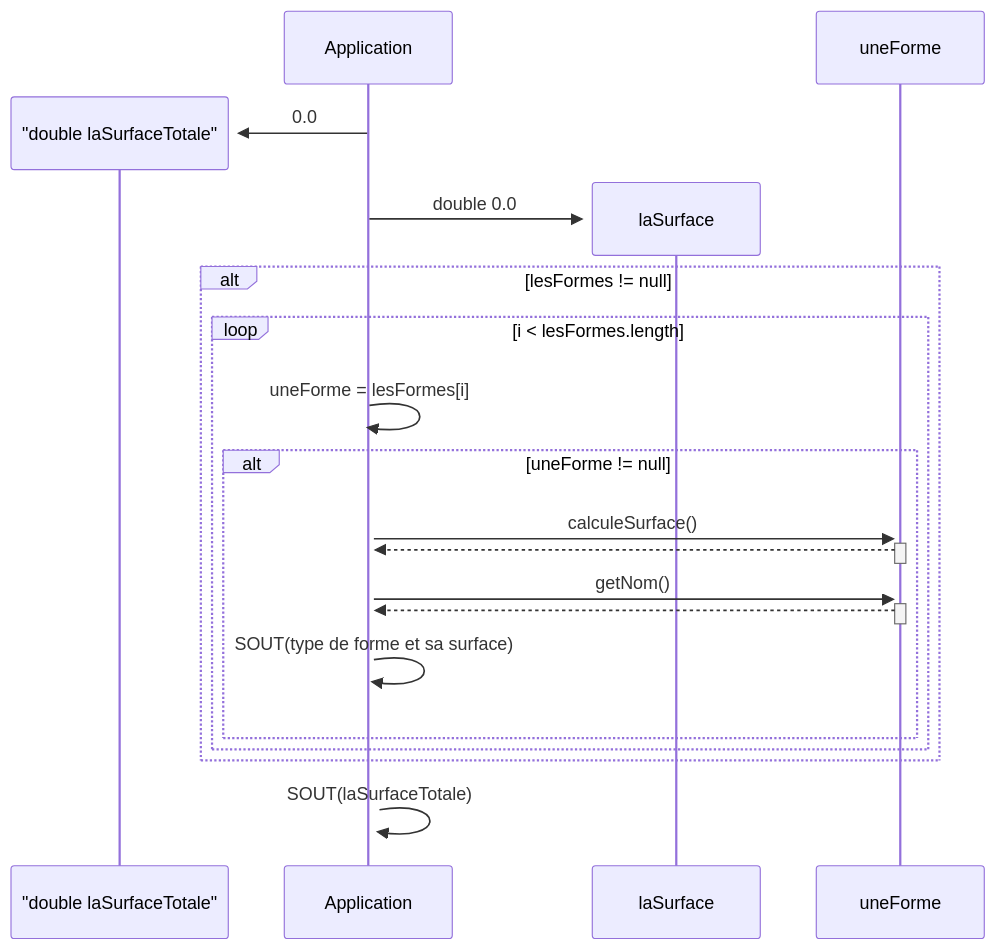
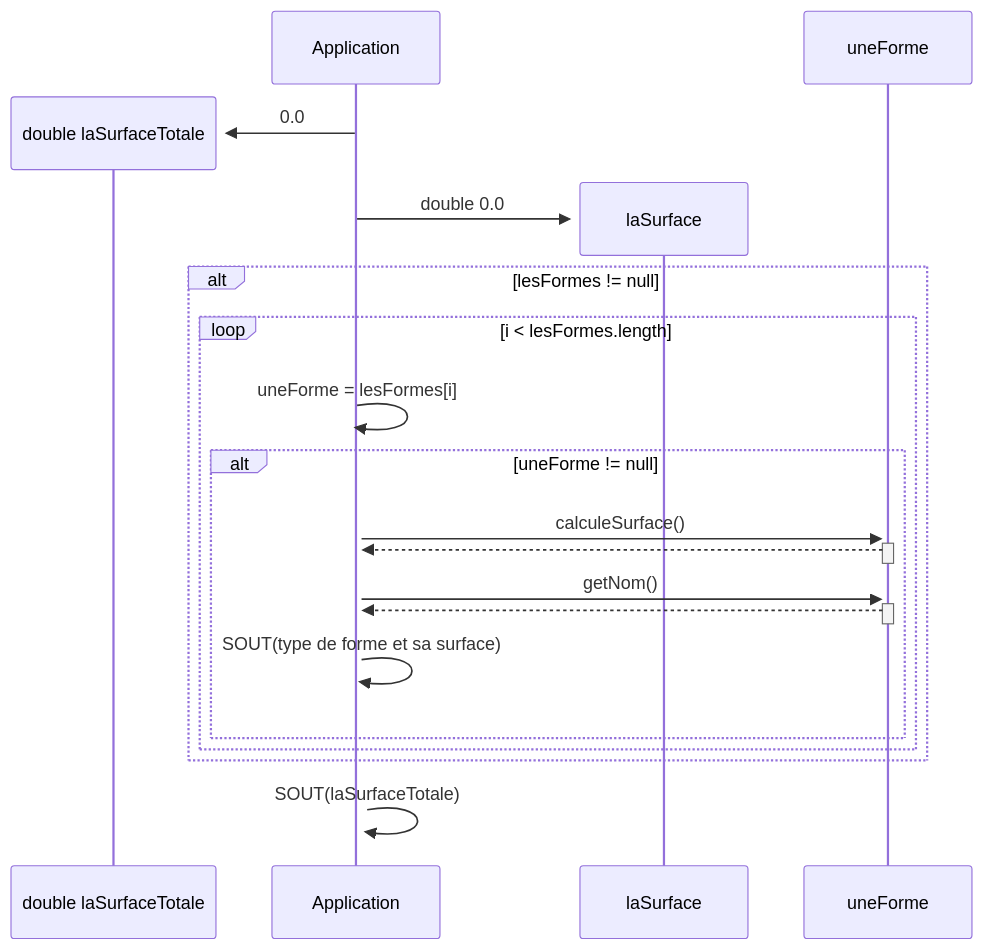
Before and after one commit to emf-info-320/320_EX_04_FORMES_BASE: the third of 4 diagrams in README.md, drawn with Mermaid.

````diff
--- a/README.md
+++ b/README.md
@@ -86,21 +86,21 @@
 ```mermaid
 sequenceDiagram
-    create participant "double laSurfaceTotale"
-    Application->>+"double laSurfaceTotale": 0.0
+    create participant double laSurfaceTotale
+    Application->>+double laSurfaceTotale: 0.0
     create participant laSurface
     Application->>+laSurface: double 0.0
     alt lesFormes != null
         loop i < lesFormes.length
             Application ->>+ Application: uneForme = lesFormes[i]
             alt uneForme != null
                 Application ->>+ uneForme: calculeSurface()
                 uneForme -->>- Application: 
                 Application ->>+ uneForme: getNom()
                 uneForme -->>- Application: 
                 Application ->>+ Application: SOUT(type de forme et sa surface)
             end
         end
     end
 
     Application ->>+ Application: SOUT(laSurfaceTotale)
 ```
````
